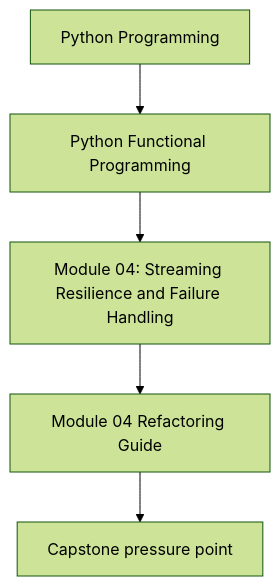
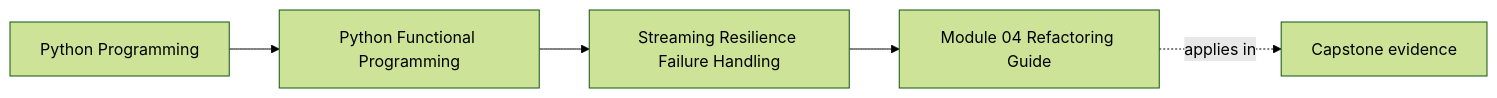
The first of 2 diagrams in programs/python-programming/python-functional-programming/course-book/module-04-streaming-resilience-failure-handling/refactoring-guide.md (bijux/bijux-masterclass), drawn with Mermaid (forest theme) before and after one commit. The commit also changed other lines of this file and 73 other files, not shown here.

Commit message:
docs(python-functional-programming): map orientation through streaming foundations

````diff
--- a/programs/python-programming/python-functional-programming/course-book/module-04-streaming-resilience-failure-handling/refactoring-guide.md
+++ b/programs/python-programming/python-functional-programming/course-book/module-04-streaming-resilience-failure-handling/refactoring-guide.md
@@ -7,7 +7,11 @@
 ```mermaid
-flowchart TD
-  family["Python Programming"] --> program["Python Functional Programming"]
-  program --> module["Module 04: Streaming Resilience and Failure Handling"]
-  module --> concept["Module 04 Refactoring Guide"]
-  concept --> capstone["Capstone pressure point"]
+graph LR
+  family["Python Programming"]
+  program["Python Functional Programming"]
+  section["Streaming Resilience Failure Handling"]
+  page["Module 04 Refactoring Guide"]
+  capstone["Capstone evidence"]
+
+  family --> program --> section --> page
+  page -.applies in.-> capstone
 ```
````
